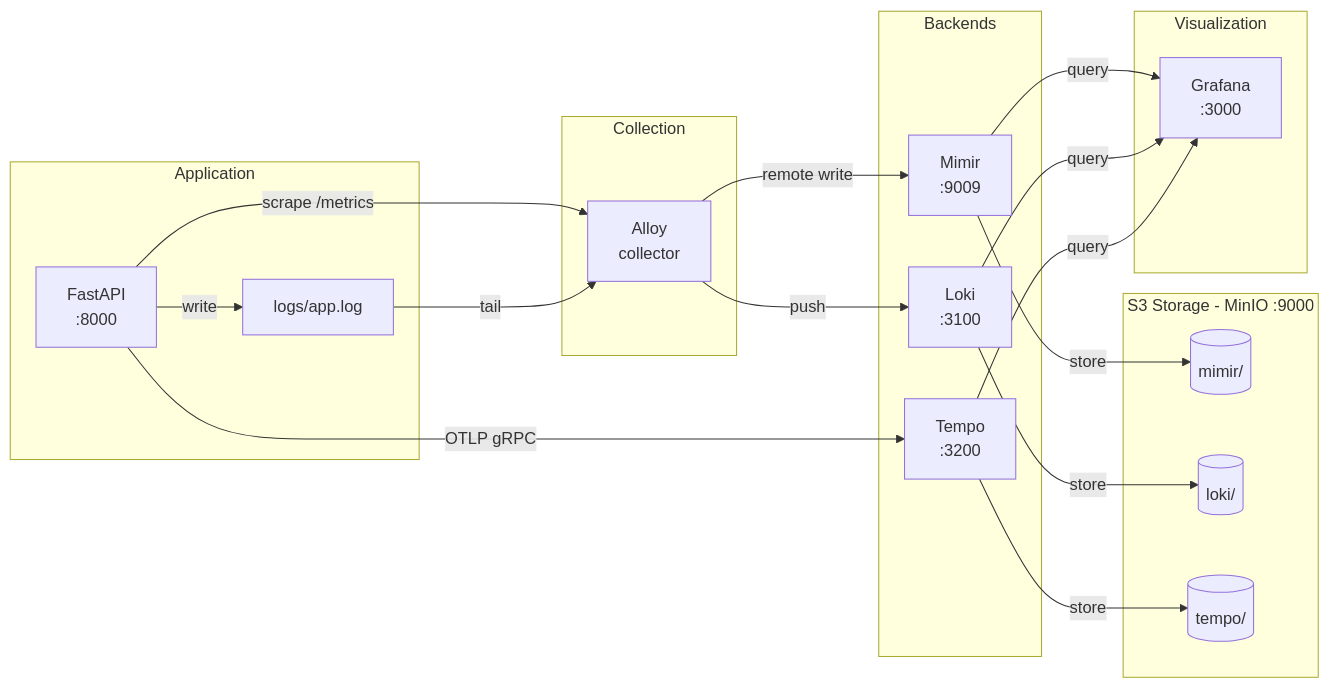
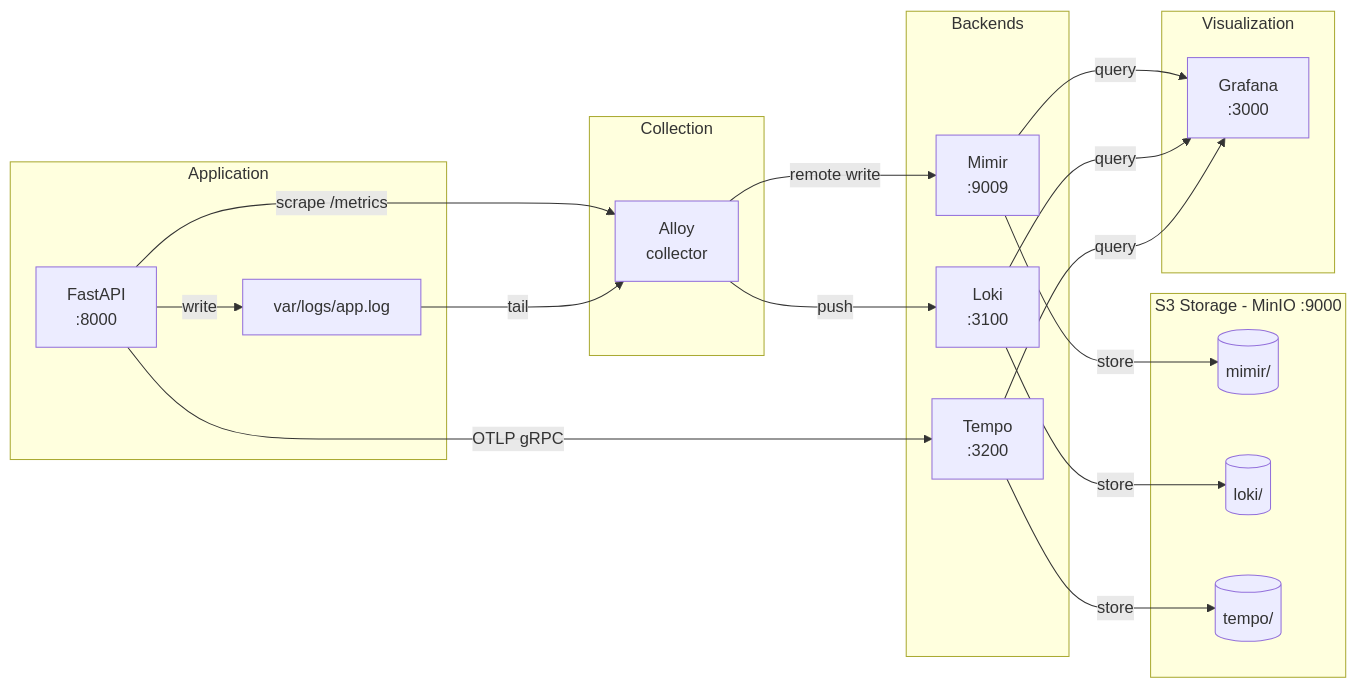
One commit to NicoPietrusco/observability_and_telemetry changed the diagram in README.md. Above: the diagram before and after it, drawn with Mermaid. The commit also changed other lines of this file and 17 other files, not shown here.

````diff
--- a/README.md
+++ b/README.md
@@ -7,47 +7,47 @@
 ```mermaid
 flowchart LR
     subgraph APP[Application]
         API[FastAPI<br/>:8000]
-        LogFile[logs/app.log]
+        LogFile[var/logs/app.log]
     end
 
     subgraph COLLECT[Collection]
         Alloy[Alloy<br/>collector]
     end
 
     subgraph BACKENDS[Backends]
         Mimir[Mimir<br/>:9009]
         Loki[Loki<br/>:3100]
         Tempo[Tempo<br/>:3200]
     end
 
     subgraph S3[S3 Storage - MinIO :9000]
         B1[(mimir/)]
         B2[(loki/)]
         B3[(tempo/)]
     end
 
     subgraph VIZ[Visualization]
         Grafana[Grafana<br/>:3000]
     end
 
     %% Metrics flow
     API -->|scrape /metrics| Alloy
     Alloy -->|remote write| Mimir
     Mimir -->|store| B1
 
     %% Logs flow
     API -->|write| LogFile
     LogFile -->|tail| Alloy
     Alloy -->|push| Loki
     Loki -->|store| B2
 
     %% Traces flow
     API -->|OTLP gRPC| Tempo
     Tempo -->|store| B3
 
     %% Visualization
     Mimir -->|query| Grafana
     Loki -->|query| Grafana
     Tempo -->|query| Grafana
 ```
````
